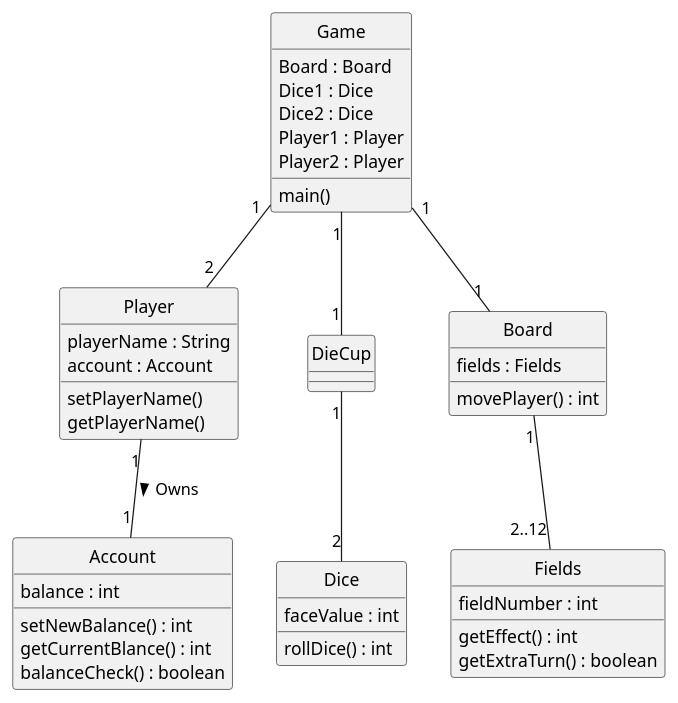
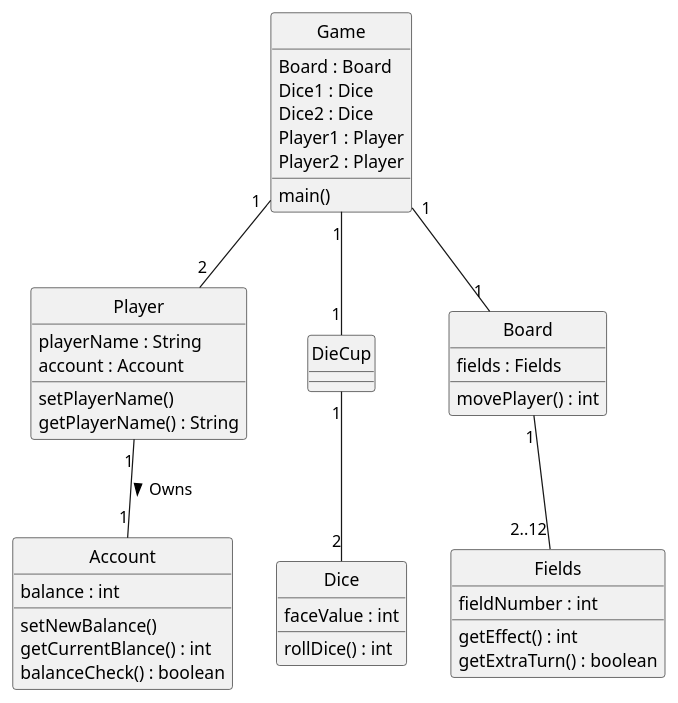
Before and after one commit to PhilipCramer/CDIO_del2: the diagram in src/main/resources/DesignClassDiagram.puml, drawn with PlantUML.

Commit message:
setNewBalanc() returnerer ikke noget og getPlayerName skal returnere en String

```diff
--- a/src/main/resources/DesignClassDiagram.puml
+++ b/src/main/resources/DesignClassDiagram.puml
@@ -1,59 +1,59 @@
 @startuml ClassDiagram
 skinparam style strictuml
 
 class "Game" as Game {
     Board : Board
     Dice1 : Dice
     Dice2 : Dice
     Player1 : Player
     Player2 : Player
 
     main()
 }
 class "Player" as Player {
     playerName : String
     account : Account
 
     setPlayerName()
-    getPlayerName()
+    getPlayerName() : String
 
 }
 
 class "Account" as Account {
     balance : int
 
-    setNewBalance() : int
+    setNewBalance()
     getCurrentBlance() : int
     balanceCheck() : boolean
 }
 
 class "DieCup" as Diecup {
 
 }
 
 class "Dice" as Dice {
     faceValue : int
 
     rollDice() : int
 }
 
 class "Board" as Board {
     fields : Fields
 
     movePlayer() : int
 }
 
 class "Fields" as Field {
     fieldNumber : int
 
     getEffect() : int
     getExtraTurn() : boolean
 }
 
 Player "1" -- "1" Account : Owns >
 Game "1" -- "2" Player 
 Game "1" -- "1" Board
 Board "1" -- "2..12" Field
 Game "1" -- "1" Diecup
 Diecup "1" -- "2" Dice
 @enduml
```
